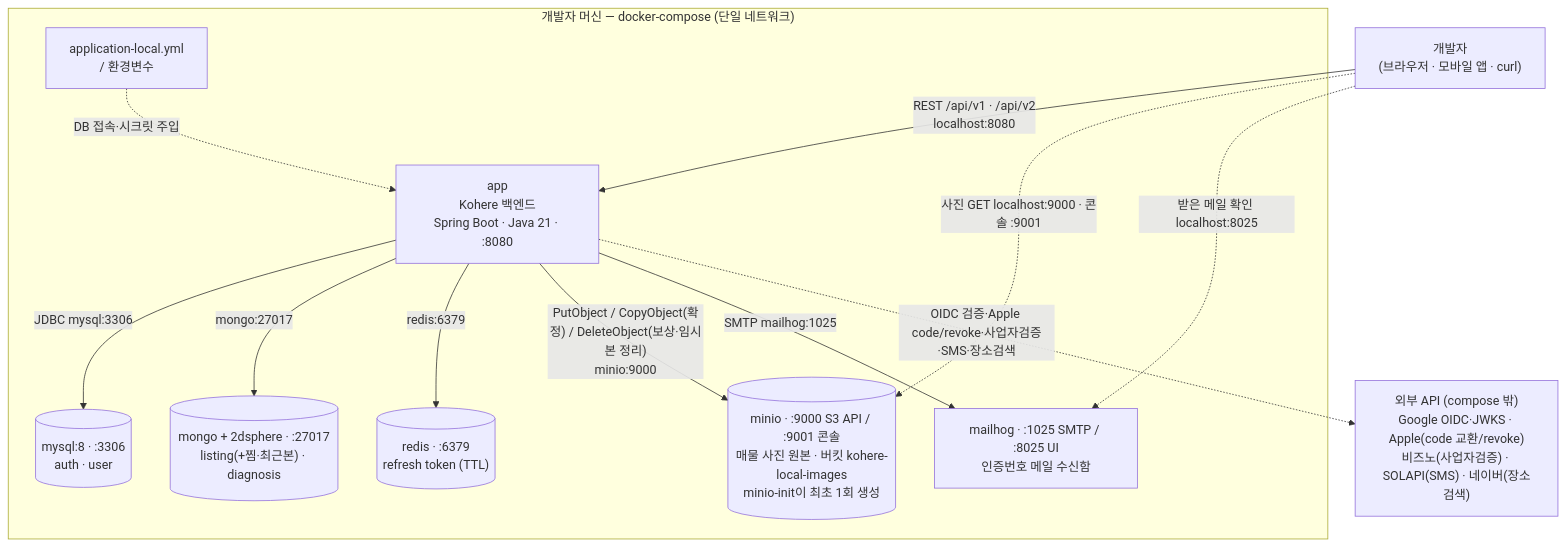
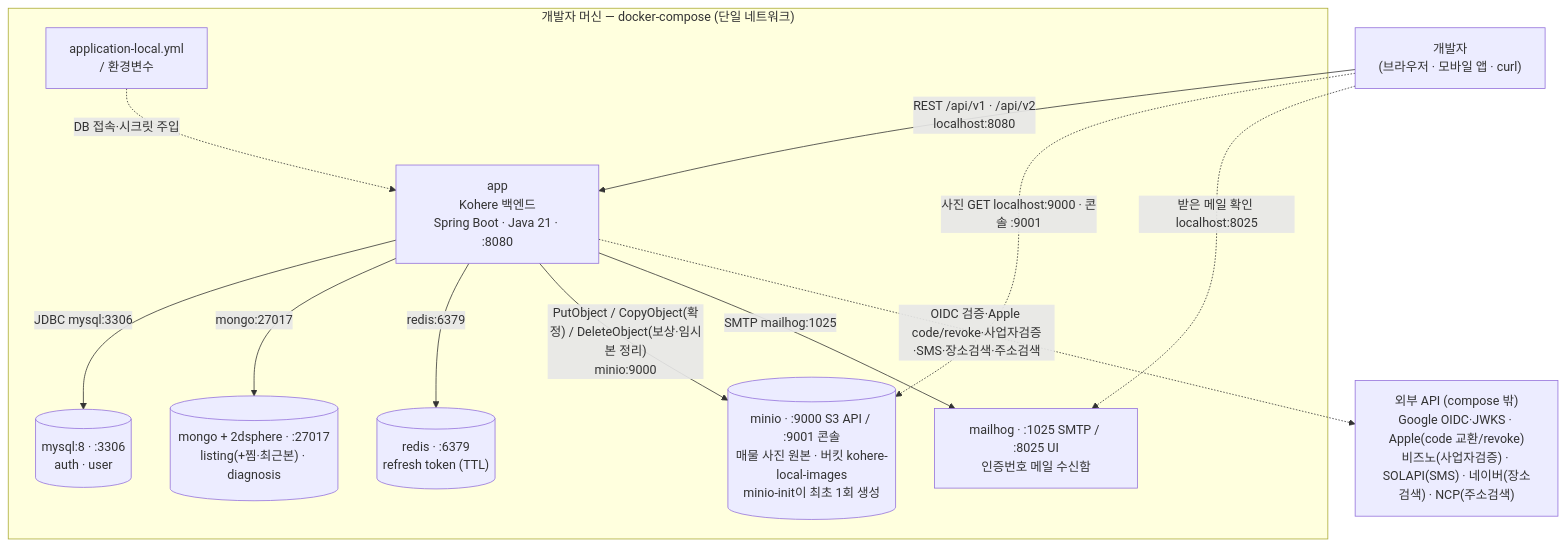
The third of 5 diagrams in docs/architecture/system-overview.md (jameskim9509/Kohere-backend), drawn with Mermaid before and after one commit. The commit also changed other lines of this file and 60 other files, not shown here.

````diff
--- a/docs/architecture/system-overview.md
+++ b/docs/architecture/system-overview.md
@@ -153,27 +155,27 @@
 ```mermaid
 flowchart TB
     DEV["개발자<br/>(브라우저 · 모바일 앱 · curl)"]
 
     subgraph Host["개발자 머신 — docker-compose (단일 네트워크)"]
       APP["app<br/>Kohere 백엔드<br/>Spring Boot · Java 21 · :8080"]
       CFG["application-local.yml<br/>/ 환경변수"]
       MYSQL[("mysql:8 · :3306<br/>auth · user")]
       MONGO[("mongo + 2dsphere · :27017<br/>listing(+찜·최근본) · diagnosis")]
       REDIS[("redis · :6379<br/>refresh token (TTL)")]
       MINIO[("minio · :9000 S3 API / :9001 콘솔<br/>매물 사진 원본 · 버킷 kohere-local-images<br/>minio-init이 최초 1회 생성")]
       MAILHOG["mailhog · :1025 SMTP / :8025 UI<br/>인증번호 메일 수신함"]
     end
 
-    EXT["외부 API (compose 밖)<br/>Google OIDC·JWKS · Apple(code 교환/revoke)<br/>비즈노(사업자검증) · SOLAPI(SMS) · 네이버(장소검색)"]
+    EXT["외부 API (compose 밖)<br/>Google OIDC·JWKS · Apple(code 교환/revoke)<br/>비즈노(사업자검증) · SOLAPI(SMS) · 네이버(장소검색) · NCP(주소검색)"]
 
     DEV -- "REST /api/v1 · /api/v2<br/>localhost:8080" --> APP
     CFG -. "DB 접속·시크릿 주입" .-> APP
     APP -- "JDBC  mysql:3306" --> MYSQL
     APP -- "mongo:27017" --> MONGO
     APP -- "redis:6379" --> REDIS
     APP -- "PutObject / CopyObject(확정) / DeleteObject(보상·임시본 정리)<br/>minio:9000" --> MINIO
     APP -- "SMTP  mailhog:1025" --> MAILHOG
     DEV -. "사진 GET localhost:9000 · 콘솔 :9001" .-> MINIO
     DEV -. "받은 메일 확인 localhost:8025" .-> MAILHOG
-    APP -. "OIDC 검증·Apple code/revoke·사업자검증·SMS·장소검색" .-> EXT
+    APP -. "OIDC 검증·Apple code/revoke·사업자검증·SMS·장소검색·주소검색" .-> EXT
 ```
````
